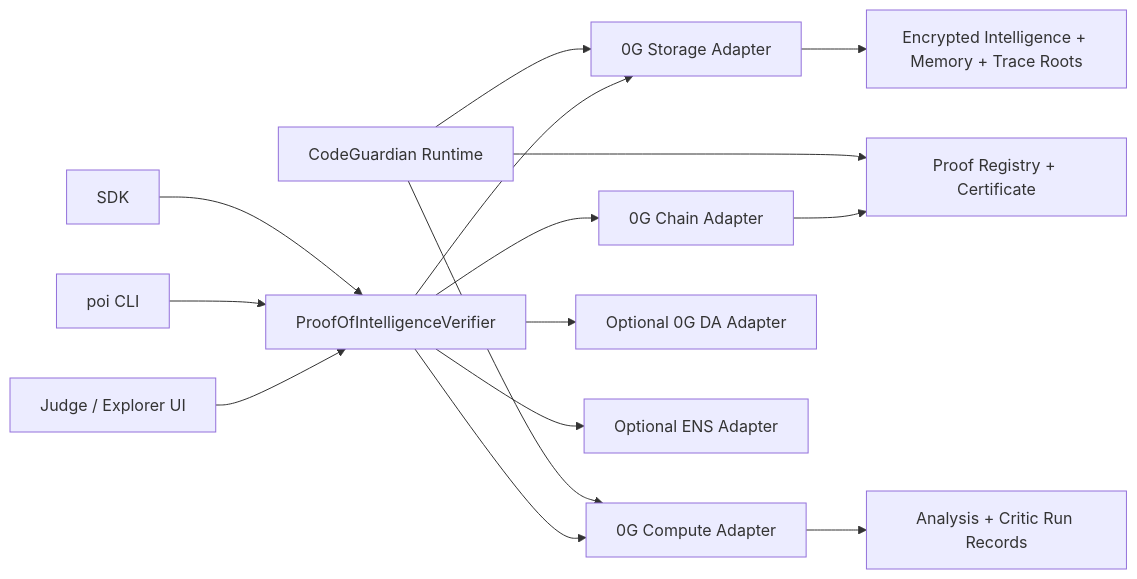
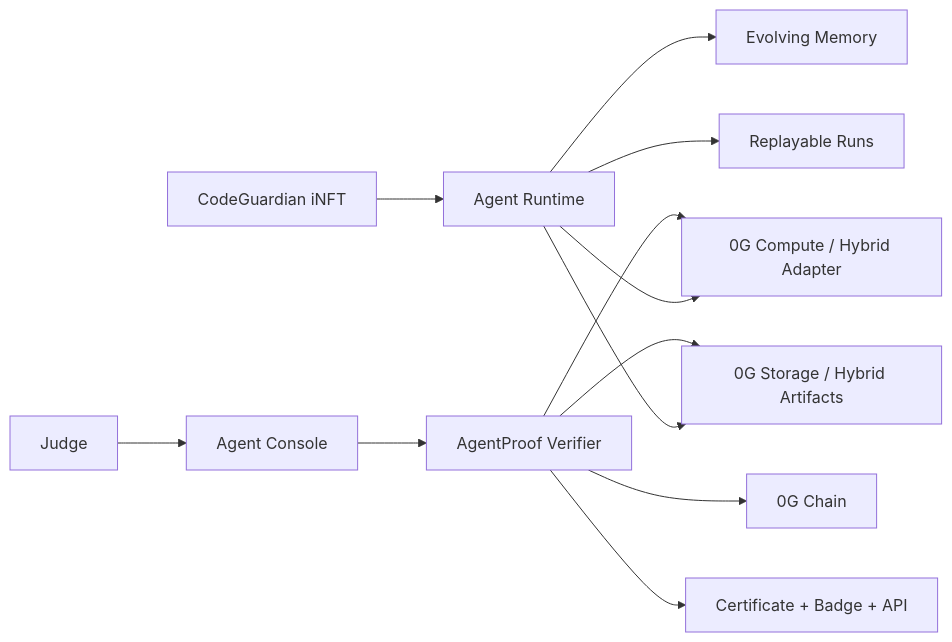
Before and after one commit to fefe102/Proof-of-Intelligence-Explorer: the diagram in README.md, drawn with Mermaid. The commit also changed other lines of this file and 11 other files, not shown here.

Commit message:
docs: frame submission as CodeGuardian iNFT

````diff
--- a/README.md
+++ b/README.md
@@ -249,17 +190,14 @@
 ```mermaid
 flowchart LR
-  Judge["Judge / Explorer UI"] --> Verifier["ProofOfIntelligenceVerifier"]
-  CLI["poi CLI"] --> Verifier
-  SDK["SDK"] --> Verifier
-  Verifier --> Chain["0G Chain Adapter"]
-  Verifier --> Storage["0G Storage Adapter"]
-  Verifier --> Compute["0G Compute Adapter"]
-  Verifier --> DA["Optional 0G DA Adapter"]
-  Verifier --> ENS["Optional ENS Adapter"]
-  Chain --> Registry["Proof Registry + Certificate"]
-  Storage --> Bundle["Encrypted Intelligence + Memory + Trace Roots"]
-  Compute --> Runs["Analysis + Critic Run Records"]
-  CodeGuardian["CodeGuardian Runtime"] --> Storage
-  CodeGuardian --> Compute
-  CodeGuardian --> Registry
+  CodeGuardian["CodeGuardian iNFT"] --> Runtime["Agent Runtime"]
+  Runtime --> Memory["Evolving Memory"]
+  Runtime --> Trace["Replayable Runs"]
+  Runtime --> Compute["0G Compute / Hybrid Adapter"]
+  Runtime --> Storage["0G Storage / Hybrid Artifacts"]
+  AgentProof["AgentProof Verifier"] --> Chain["0G Chain"]
+  AgentProof --> Storage
+  AgentProof --> Compute
+  AgentProof --> Cert["Certificate + Badge + API"]
+  Judge["Judge"] --> Console["Agent Console"]
+  Console --> AgentProof
 ```
````
